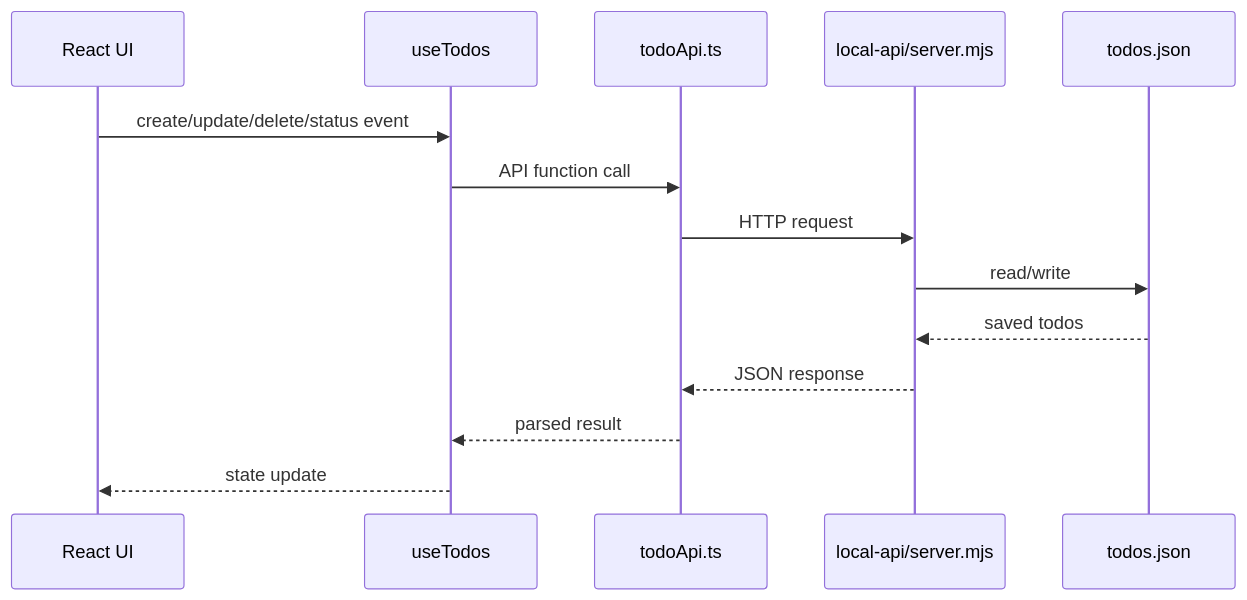
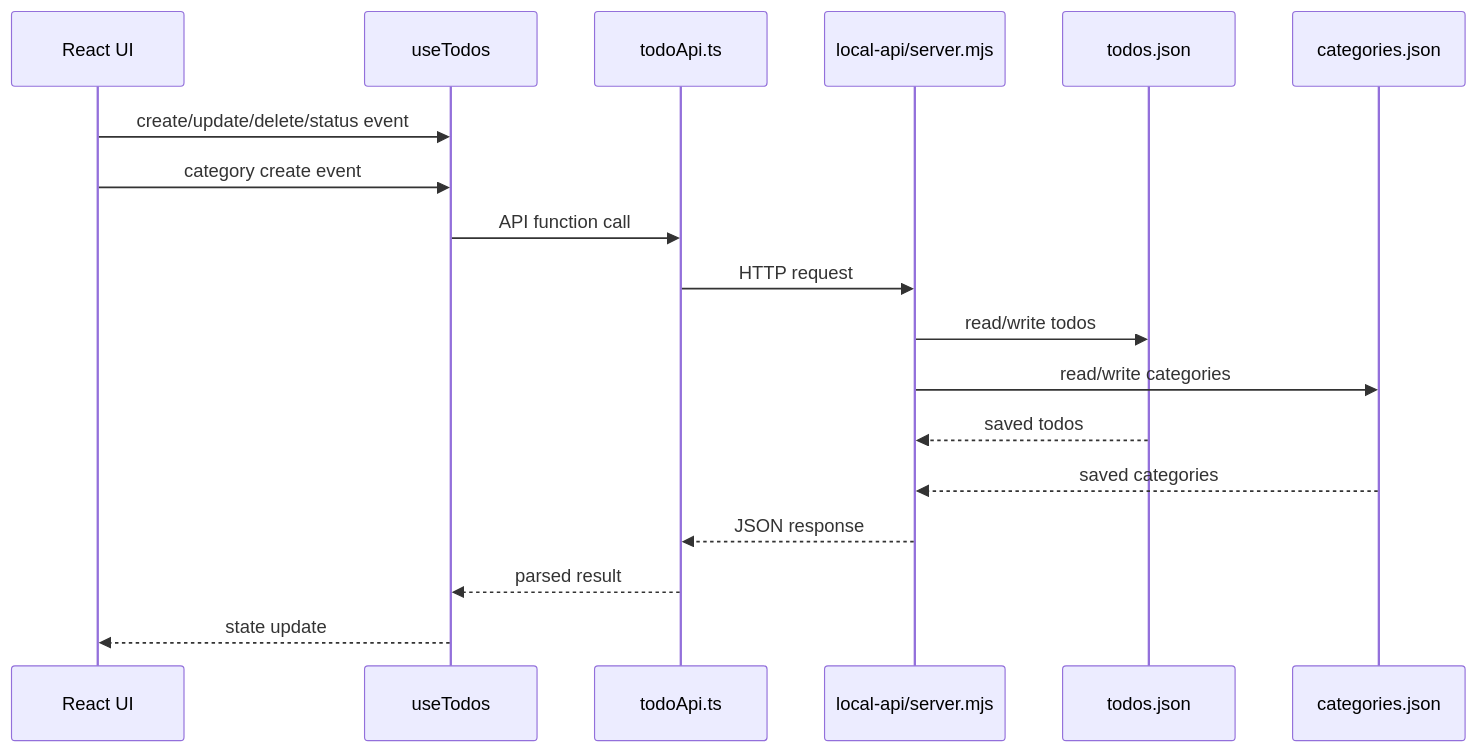
The third of 4 diagrams in harness_lab/todo_frontend/docs/component-relation-map.md (schro-cat-dev/torisetsu), drawn with Mermaid before and after one commit. The commit also changed other lines of this file and 91 other files, not shown here.

````diff
--- a/harness_lab/todo_frontend/docs/component-relation-map.md
+++ b/harness_lab/todo_frontend/docs/component-relation-map.md
@@ -56,17 +66,21 @@
 ```mermaid
 sequenceDiagram
   participant UI as React UI
   participant Hook as useTodos
   participant Client as todoApi.ts
   participant API as local-api/server.mjs
-  participant JSON as todos.json
+  participant TodosJSON as todos.json
+  participant CategoriesJSON as categories.json
 
   UI->>Hook: create/update/delete/status event
+  UI->>Hook: category create event
   Hook->>Client: API function call
   Client->>API: HTTP request
-  API->>JSON: read/write
-  JSON-->>API: saved todos
+  API->>TodosJSON: read/write todos
+  API->>CategoriesJSON: read/write categories
+  TodosJSON-->>API: saved todos
+  CategoriesJSON-->>API: saved categories
   API-->>Client: JSON response
   Client-->>Hook: parsed result
   Hook-->>UI: state update
 ```
````
